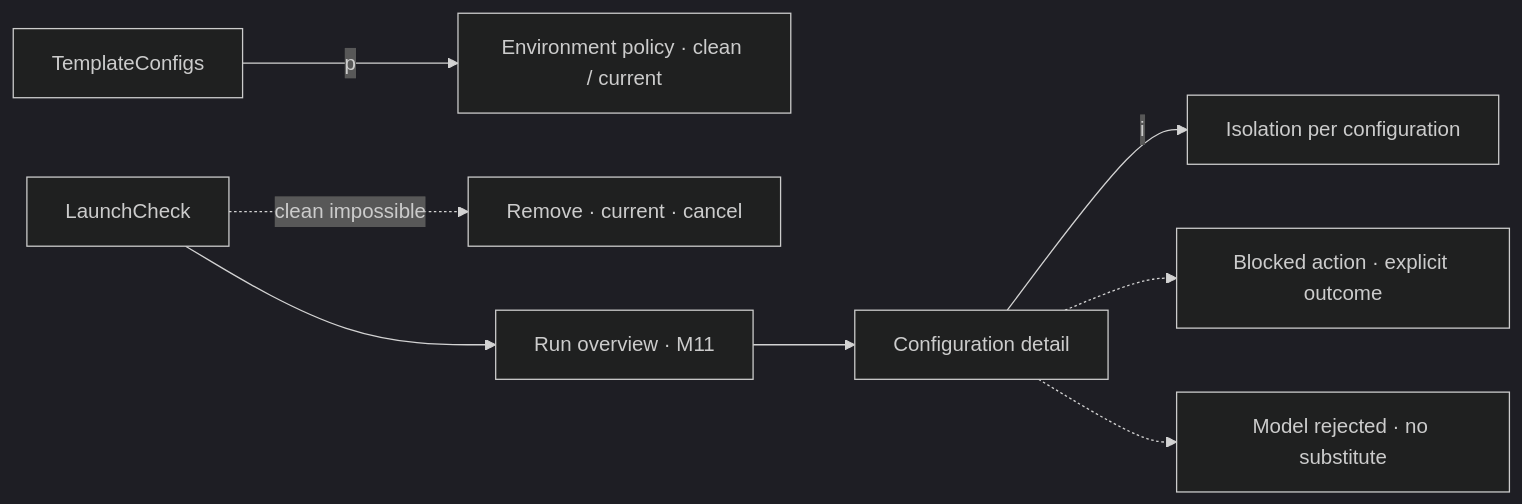
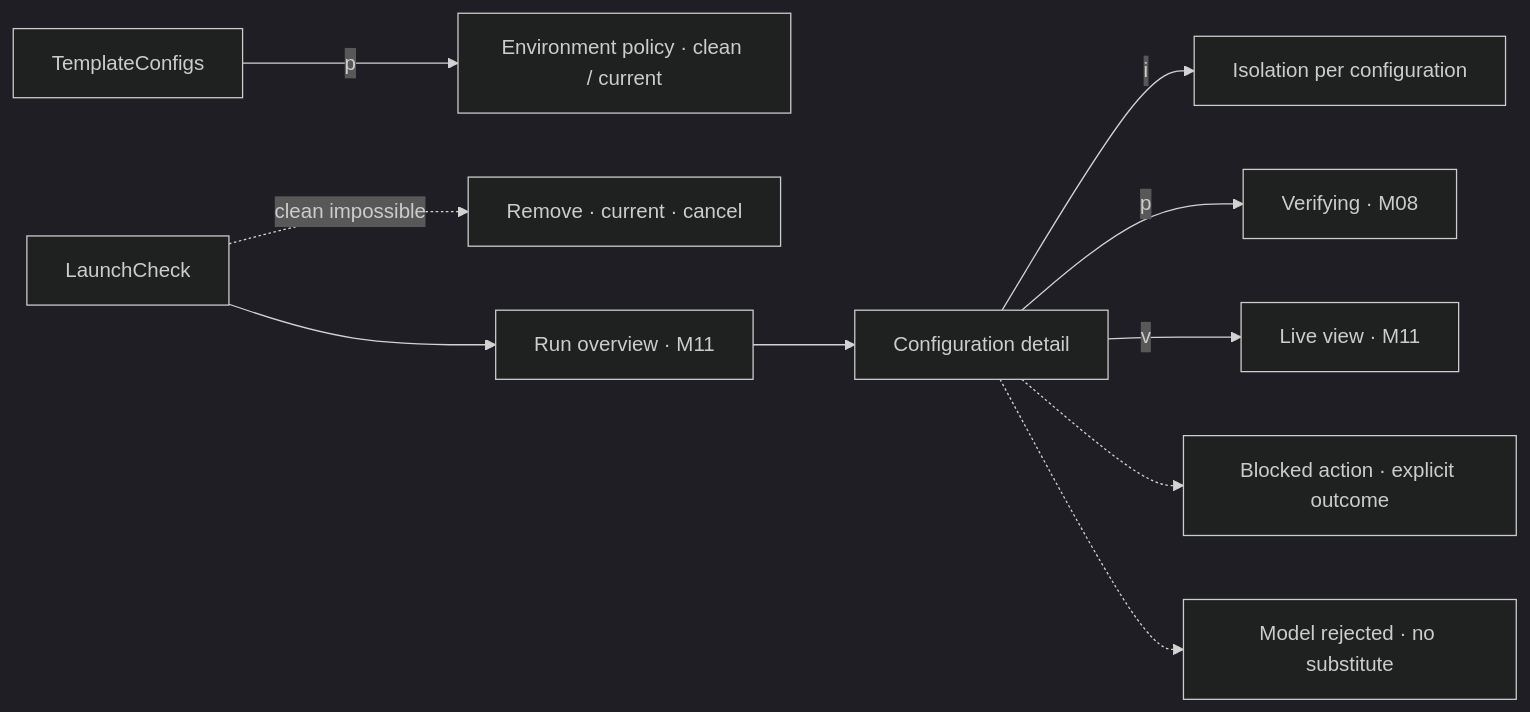
Before and after one commit to AxionomicAI/AxBenchmark: the tenth of 23 diagrams in spec/design/wireframe-tui/navigation.md, drawn with Mermaid (dark theme). The commit also changed other lines of this file and 228 other files, not shown here.

````diff
--- a/spec/design/wireframe-tui/navigation.md
+++ b/spec/design/wireframe-tui/navigation.md
@@ -192,10 +228,12 @@
 ```mermaid
 flowchart LR
     TemplateConfigs -->|p| EnvPolicy["Environment policy · clean / current"]
     LaunchCheck -.->|clean impossible| CleanModeBlocked["Remove · current · cancel"]
     LaunchCheck --> RunOverview["Run overview · M11"]
     RunOverview --> RunConfig["Configuration detail"]
     RunConfig -->|i| RunIsolation["Isolation per configuration"]
+    RunConfig -->|p| VerifyProgress["Verifying · M08"]
+    RunConfig -->|v| HarnessLive["Live view · M11"]
     RunConfig -.-> TaskBlocked["Blocked action · explicit outcome"]
     RunConfig -.-> ModelRejected["Model rejected · no substitute"]
 ```
````
